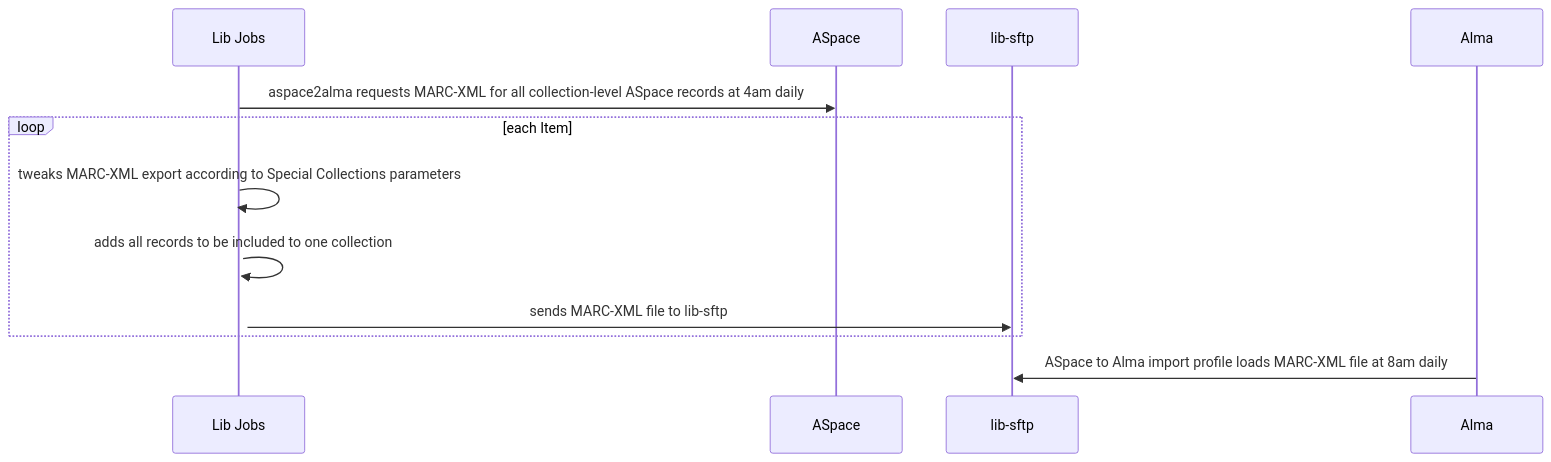
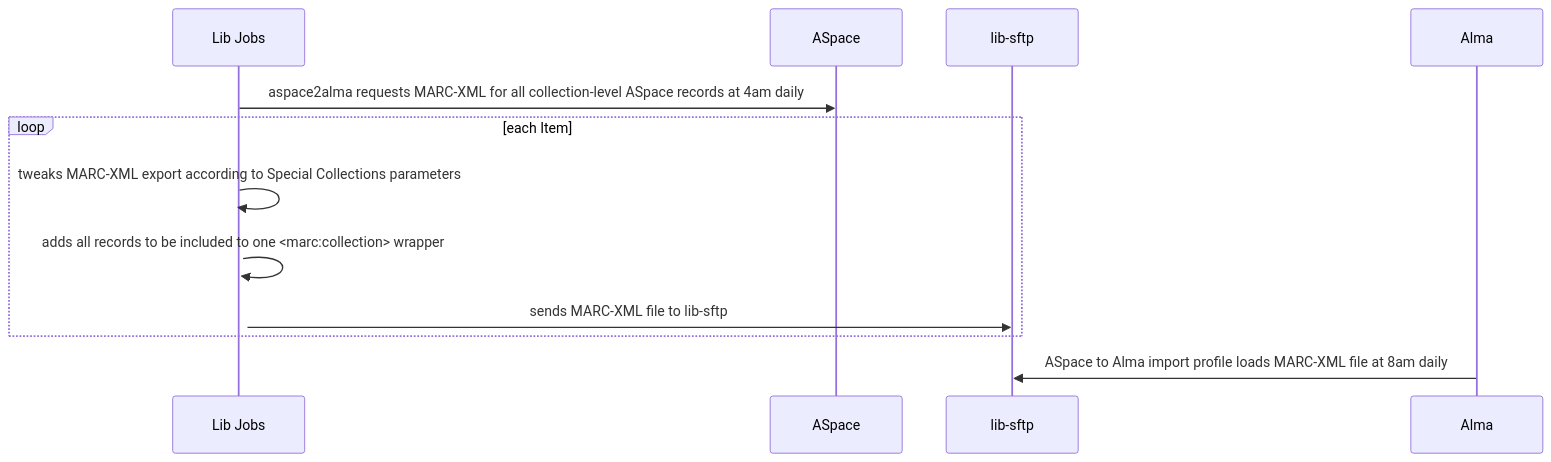
The diagram in docs/aspace2alma/readme.md (pulibrary/lib_jobs), drawn with Mermaid before and after one commit.

Commit message:
clarify language

````diff
--- a/docs/aspace2alma/readme.md
+++ b/docs/aspace2alma/readme.md
@@ -3,10 +3,10 @@
 ```mermaid
 sequenceDiagram
 Lib Jobs->>ASpace: aspace2alma requests MARC-XML for all collection-level ASpace records at 4am daily
 loop each Item
   Lib Jobs->>+Lib Jobs: tweaks MARC-XML export according to Special Collections parameters
-  Lib Jobs->>+Lib Jobs: adds all records to be included to one collection
+  Lib Jobs->>+Lib Jobs: adds all records to be included to one <marc:collection> wrapper
   Lib Jobs->>lib-sftp: sends MARC-XML file to lib-sftp
 end
 Alma->>lib-sftp: ASpace to Alma import profile loads MARC-XML file at 8am daily
 ```
````
